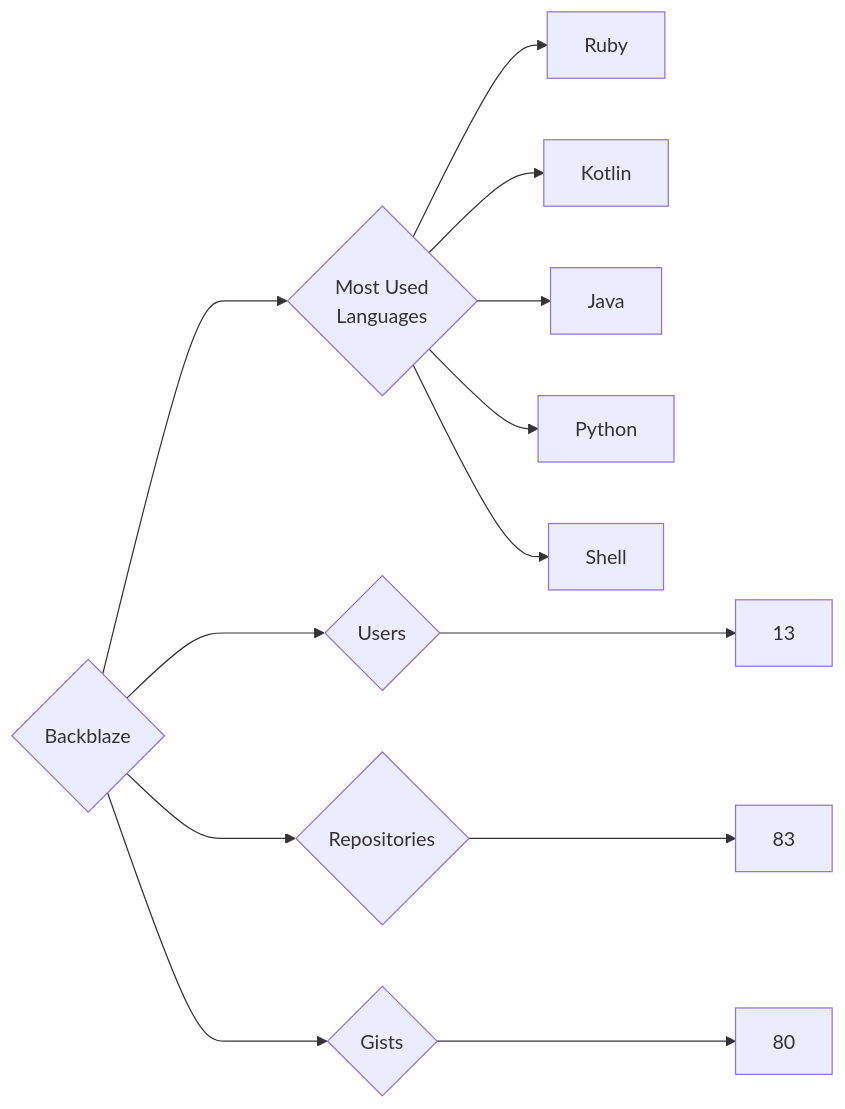
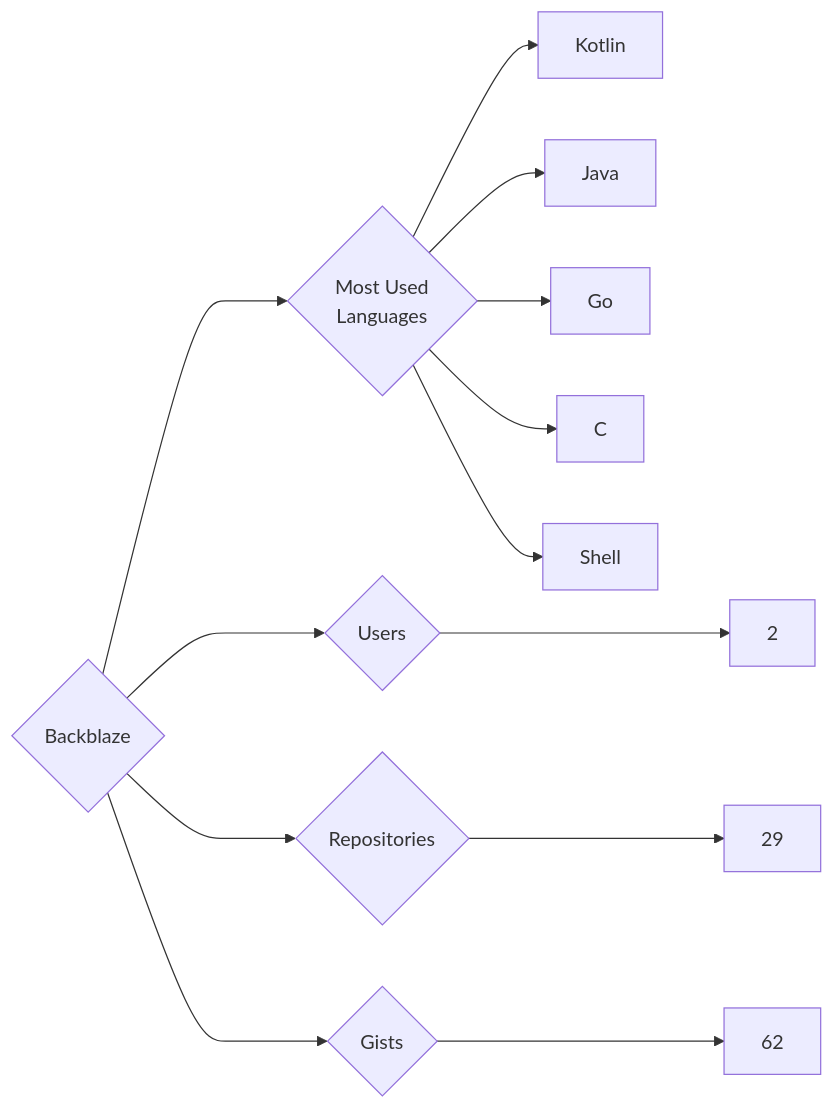
Before and after one commit to trickest/insiders: the diagram in targets/Backblaze/README.md, drawn with Mermaid. The commit also changed 951 other files, not shown here.

````diff
--- a/targets/Backblaze/README.md
+++ b/targets/Backblaze/README.md
@@ -3,13 +3,13 @@
 ```mermaid
 graph LR
 COMPANY_NAME{Backblaze}
-COMPANY_NAME ---> U{Users} ---> UN[13]
-COMPANY_NAME ---> R{Repositories} ---> RN[83]
-COMPANY_NAME ---> G{Gists} ---> GN[80]
+COMPANY_NAME ---> U{Users} ---> UN[2]
+COMPANY_NAME ---> R{Repositories} ---> RN[29]
+COMPANY_NAME ---> G{Gists} ---> GN[62]
 COMPANY_NAME ---> ML{Most Used<br>Languages}
-ML --> Ruby
-ML --> Kotlin
-ML --> Java
-ML --> Python
-ML --> Shell
+ML --> Kotlin[Kotlin]
+ML --> Java[Java]
+ML --> Go[Go]
+ML --> C[C]
+ML --> Shell[Shell]
 ```
````
